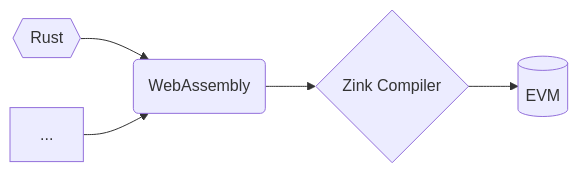
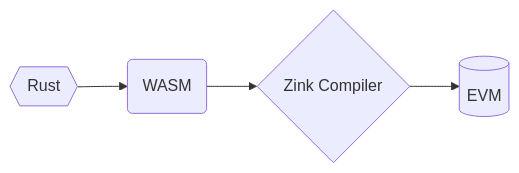
One commit to zink-lang/zink changed the diagram in README.md. Above: the diagram before and after it, drawn with Mermaid. The commit also changed other lines of this file, not shown here.

````diff
--- a/README.md
+++ b/README.md
@@ -16,7 +15,6 @@
 ```mermaid
 flowchart LR
-    R{{Rust}} --> W(WebAssembly)
-    O[...] --> W
+    R{{Rust}} --> W(WASM)
     W --> Z{Zink Compiler}
     Z --> V[(EVM)]
 ```
````
